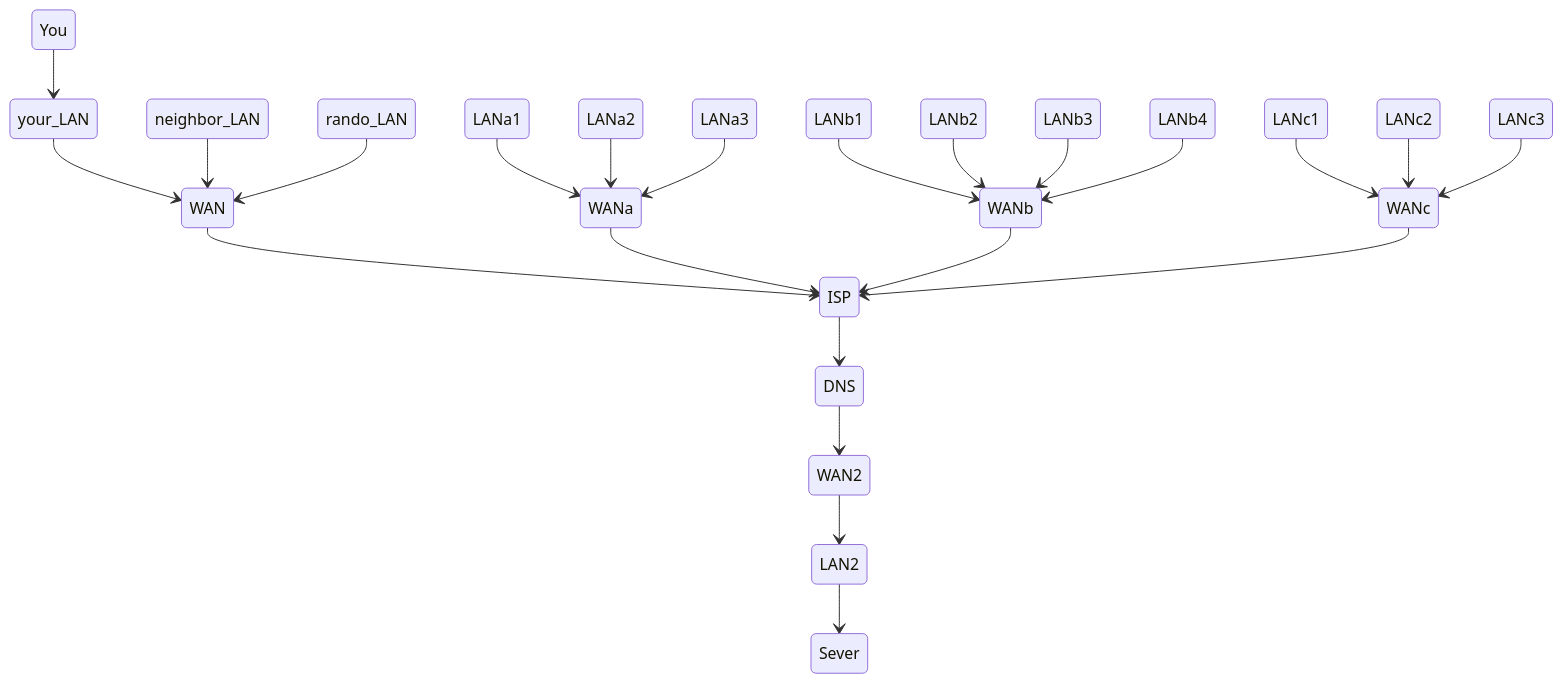
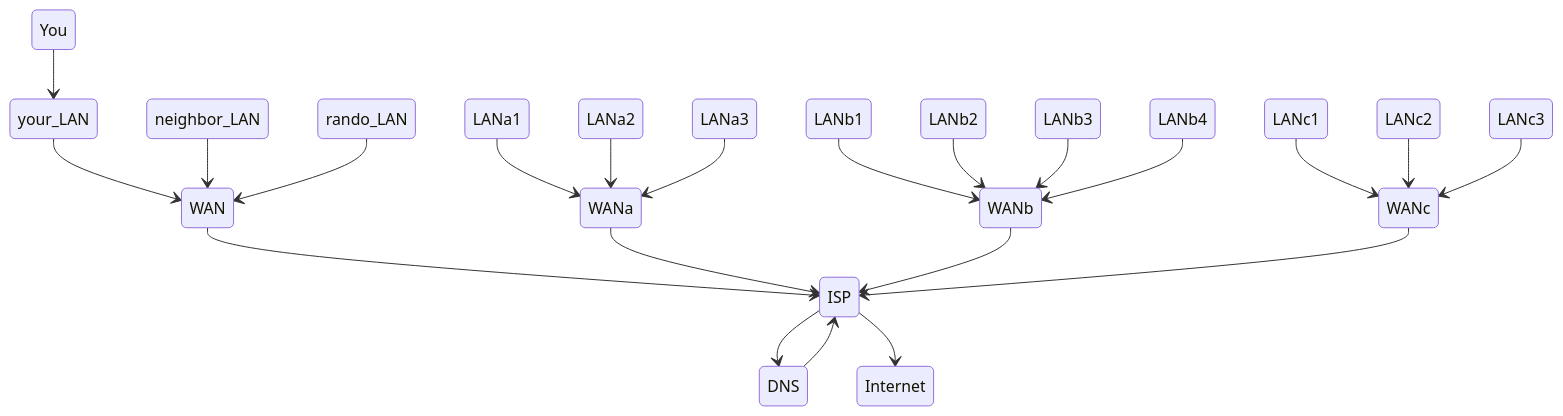
One commit to omahane/intro-to-web-development changed the diagram in README.md. Above: the diagram before and after it, drawn with Mermaid.

````diff
--- a/README.md
+++ b/README.md
@@ -3,25 +3,24 @@
 ```mermaid
 stateDiagram-v2
     You --> your_LAN
     your_LAN --> WAN
     neighbor_LAN --> WAN
     rando_LAN --> WAN
     WAN --> ISP
     LANa1 --> WANa
     LANa2 --> WANa
     LANa3 --> WANa
     WANa --> ISP
     LANb1 --> WANb
     LANb2 --> WANb
     LANb3 --> WANb
     LANb4 --> WANb
     WANb --> ISP
     LANc1 --> WANc
     LANc2 --> WANc
     LANc3 --> WANc
     WANc --> ISP
     ISP --> DNS
-    DNS --> WAN2
-    WAN2 --> LAN2
-    LAN2 --> Sever
+    DNS --> ISP
+    ISP --> Internet
 ```
````
